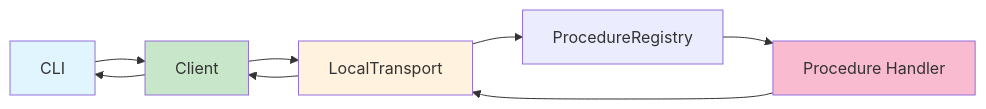
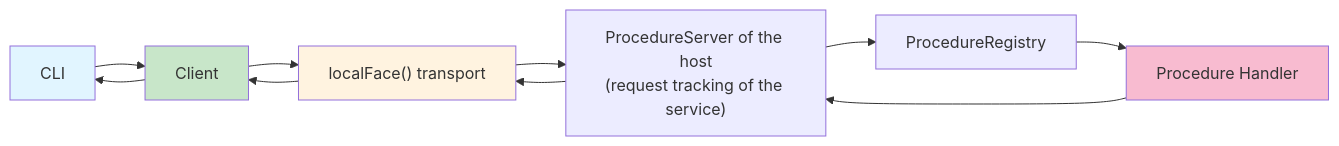
Before and after one commit to mark1russell7/client: the sixth of 6 diagrams in packages/mark/README.md, drawn with Mermaid. The commit also changed other lines of this file and 17 other files, not shown here.

````diff
--- a/packages/mark/README.md
+++ b/packages/mark/README.md
@@ -634,21 +672,24 @@
 ```mermaid
 graph LR
     CLI[CLI]
     CLIENT[Client]
-    TRANSPORT[LocalTransport]
+    TRANSPORT["localFace() transport"]
+    HOST["ProcedureServer of the host<br/>(request tracking of the service)"]
     REGISTRY[ProcedureRegistry]
     HANDLER[Procedure Handler]
 
     CLI --> CLIENT
     CLIENT --> TRANSPORT
-    TRANSPORT --> REGISTRY
+    TRANSPORT --> HOST
+    HOST --> REGISTRY
     REGISTRY --> HANDLER
-    HANDLER --> TRANSPORT
+    HANDLER --> HOST
+    HOST --> TRANSPORT
     TRANSPORT --> CLIENT
     CLIENT --> CLI
 
     style CLI fill:#e1f5ff
     style CLIENT fill:#c8e6c9
     style TRANSPORT fill:#fff3e0
     style HANDLER fill:#f8bbd0
 ```
````
